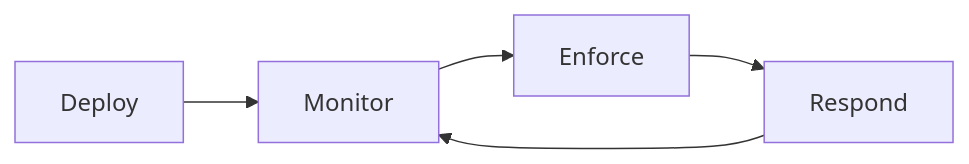
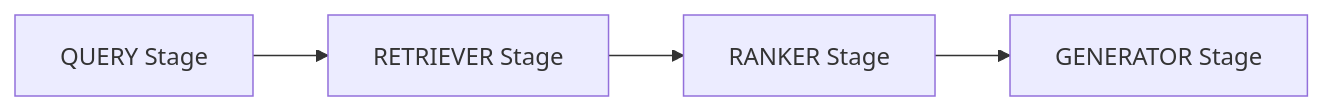
One commit to AnshSinghal-CyberUltron/AI_Mesh_Firewall changed the sixth of 11 diagrams in README.md. Above: the diagram before and after it, drawn with Mermaid. The commit also changed other lines of this file, not shown here.

````diff
--- a/README.md
+++ b/README.md
@@ -177,7 +337,6 @@
 ```mermaid
 graph LR
-    D[Deploy] --> M[Monitor]
-    M --> E[Enforce]
-    E --> R[Respond]
-    R --> M
+    Q[QUERY Stage] --> R[RETRIEVER Stage]
+    R --> K[RANKER Stage]
+    K --> G[GENERATOR Stage]
 ```
````
